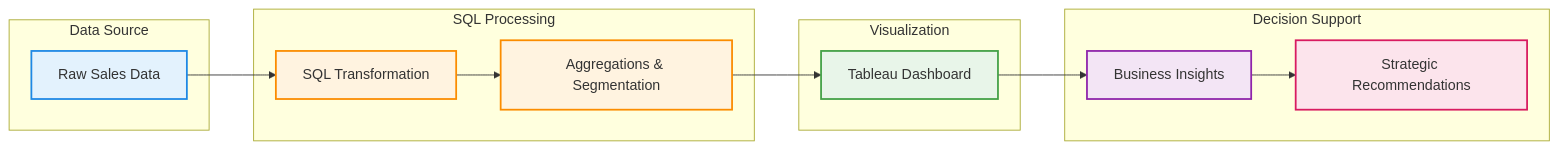
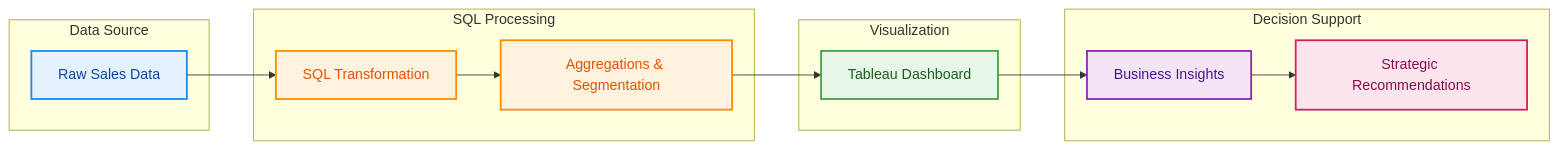
One commit to ductin2197/Global_Retail_Sales_2011_Analysis changed the diagram in README.md. Above: the diagram before and after it, drawn with Mermaid.

Commit message:
README.md

````diff
--- a/README.md
+++ b/README.md
@@ -49,34 +49,34 @@
 ```mermaid
 flowchart LR
     subgraph Data_Source [Data Source]
         A[Raw Sales Data]
     end
 
     subgraph Data_Processing [SQL Processing]
         B[SQL Transformation]
         C[Aggregations & Segmentation]
     end
 
     subgraph Visualization [Visualization]
         D[Tableau Dashboard]
     end
 
     subgraph Decision [Decision Support]
         E[Business Insights]
         F[Strategic Recommendations]
     end
 
     A --> B
     B --> C
     C --> D
     D --> E
     E --> F
 
-    style A fill:#E3F2FD,stroke:#1E88E5,stroke-width:2px
-    style B fill:#FFF3E0,stroke:#FB8C00,stroke-width:2px
-    style C fill:#FFF3E0,stroke:#FB8C00,stroke-width:2px
-    style D fill:#E8F5E9,stroke:#43A047,stroke-width:2px
-    style E fill:#F3E5F5,stroke:#8E24AA,stroke-width:2px
-    style F fill:#FCE4EC,stroke:#D81B60,stroke-width:2px
+    style A fill:#E3F2FD,stroke:#1E88E5,stroke-width:2px,color:#0D47A1
+    style B fill:#FFF3E0,stroke:#FB8C00,stroke-width:2px,color:#E65100
+    style C fill:#FFF3E0,stroke:#FB8C00,stroke-width:2px,color:#E65100
+    style D fill:#E8F5E9,stroke:#43A047,stroke-width:2px,color:#1B5E20
+    style E fill:#F3E5F5,stroke:#8E24AA,stroke-width:2px,color:#4A148C
+    style F fill:#FCE4EC,stroke:#D81B60,stroke-width:2px,color:#880E4F
 
 ```
````
